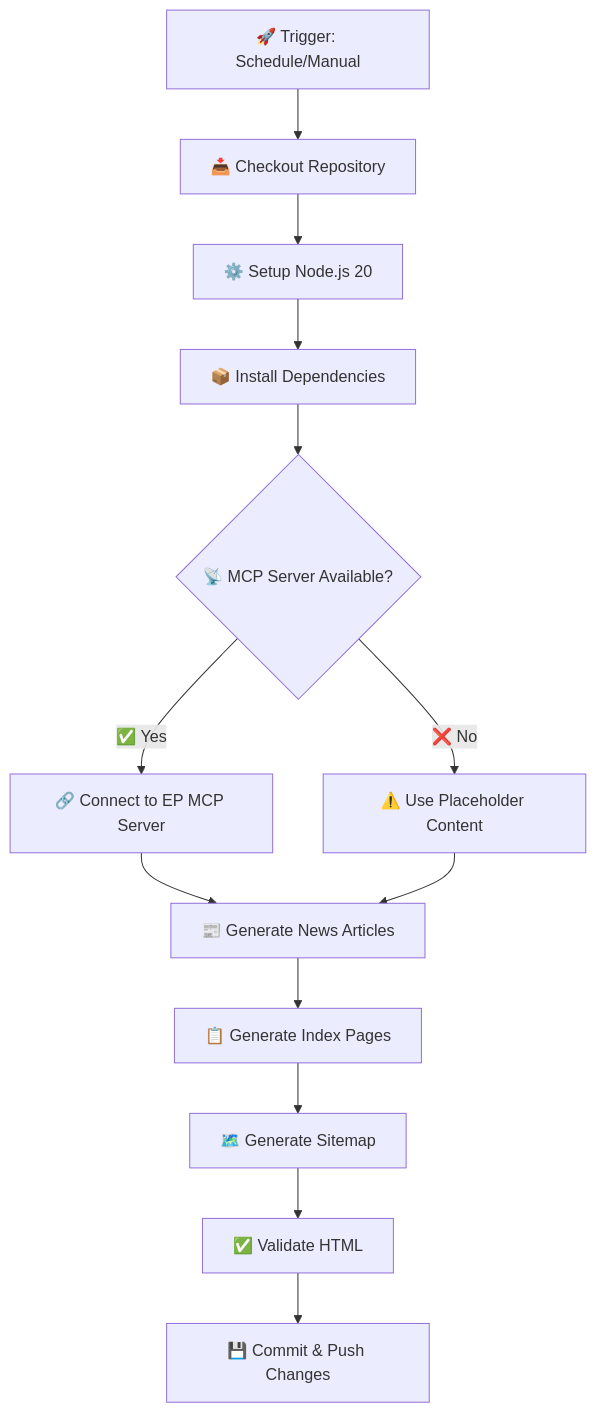
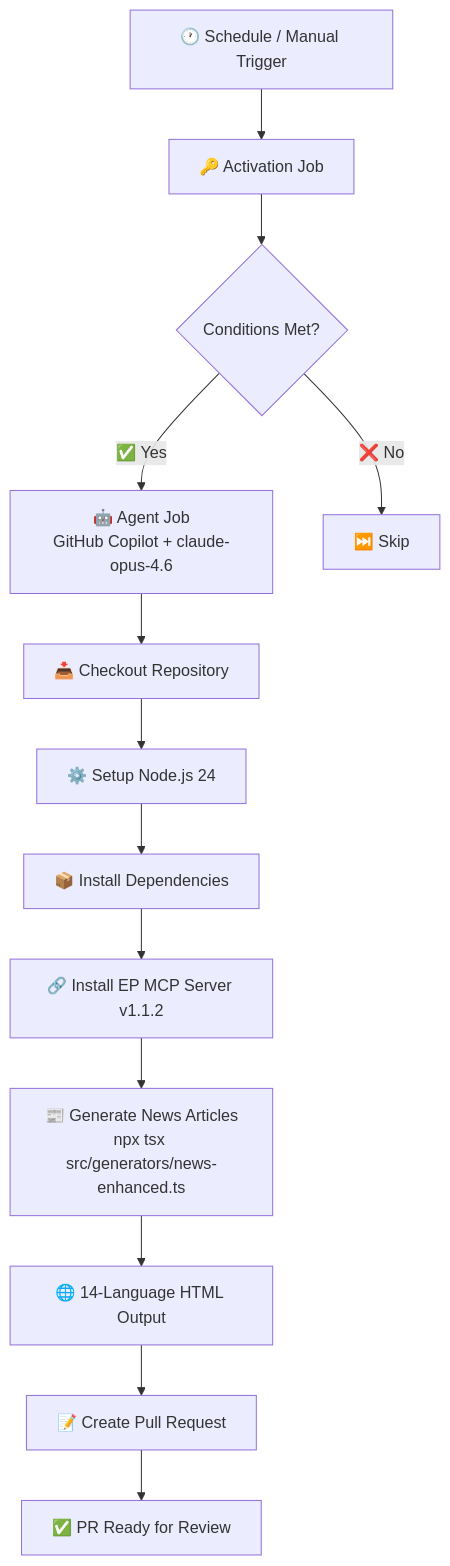
One commit to Hack23/euparliamentmonitor changed the first of 13 diagrams in WORKFLOWS.md. Above: the diagram before and after it, drawn with Mermaid. The commit also changed other lines of this file, not shown here.

````diff
--- a/WORKFLOWS.md
+++ b/WORKFLOWS.md
@@ -96,15 +114,15 @@
 ```mermaid
 graph TD
-    A[🚀 Trigger: Schedule/Manual] --> B[📥 Checkout Repository]
-    B --> C[⚙️ Setup Node.js 20]
-    C --> D[📦 Install Dependencies]
-    D --> E{📡 MCP Server Available?}
-    E -->|✅ Yes| F[🔗 Connect to EP MCP Server]
-    E -->|❌ No| G[⚠️ Use Placeholder Content]
-    F --> H[📰 Generate News Articles]
-    G --> H
-    H --> I[📋 Generate Index Pages]
-    I --> J[🗺️ Generate Sitemap]
-    J --> K[✅ Validate HTML]
-    K --> L[💾 Commit & Push Changes]
+    A[🕐 Schedule / Manual Trigger] --> B[🔑 Activation Job]
+    B --> C{Conditions Met?}
+    C -->|✅ Yes| D[🤖 Agent Job<br/>GitHub Copilot + claude-opus-4.6]
+    C -->|❌ No| E[⏭️ Skip]
+    D --> F[📥 Checkout Repository]
+    F --> G[⚙️ Setup Node.js 24]
+    G --> H[📦 Install Dependencies]
+    H --> I[🔗 Install EP MCP Server v1.1.2]
+    I --> J[📰 Generate News Articles<br/>npx tsx src/generators/news-enhanced.ts]
+    J --> K[🌐 14-Language HTML Output]
+    K --> L[📝 Create Pull Request]
+    L --> M[✅ PR Ready for Review]
 ```
````
